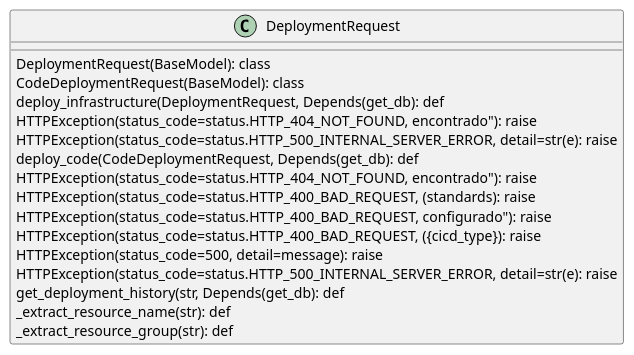
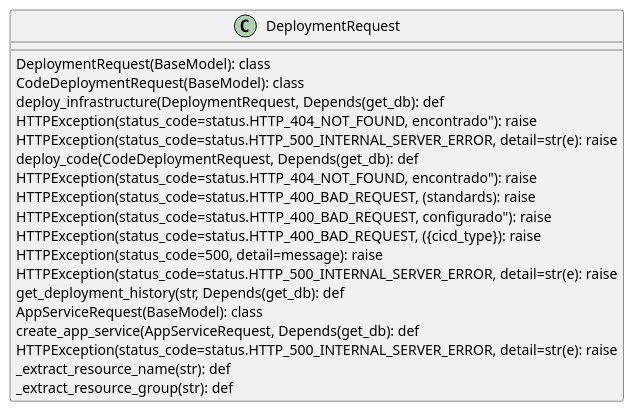
The diagram in backend/app/api/deployments.puml (ManuelFGalindo/TWAI-DEMO-IAOPS), drawn with PlantUML before and after one commit. The commit also changed 11 other files, not shown here.

```diff
--- a/backend/app/api/deployments.puml
+++ b/backend/app/api/deployments.puml
@@ -1,19 +1,22 @@
 @startuml
 class DeploymentRequest {
   DeploymentRequest(BaseModel): class
   CodeDeploymentRequest(BaseModel): class
   deploy_infrastructure(DeploymentRequest, Depends(get_db): def
   HTTPException(status_code=status.HTTP_404_NOT_FOUND, encontrado"): raise
   HTTPException(status_code=status.HTTP_500_INTERNAL_SERVER_ERROR, detail=str(e): raise
   deploy_code(CodeDeploymentRequest, Depends(get_db): def
   HTTPException(status_code=status.HTTP_404_NOT_FOUND, encontrado"): raise
   HTTPException(status_code=status.HTTP_400_BAD_REQUEST, (standards): raise
   HTTPException(status_code=status.HTTP_400_BAD_REQUEST, configurado"): raise
   HTTPException(status_code=status.HTTP_400_BAD_REQUEST, ({cicd_type}): raise
   HTTPException(status_code=500, detail=message): raise
   HTTPException(status_code=status.HTTP_500_INTERNAL_SERVER_ERROR, detail=str(e): raise
   get_deployment_history(str, Depends(get_db): def
+  AppServiceRequest(BaseModel): class
+  create_app_service(AppServiceRequest, Depends(get_db): def
+  HTTPException(status_code=status.HTTP_500_INTERNAL_SERVER_ERROR, detail=str(e): raise
   _extract_resource_name(str): def
   _extract_resource_group(str): def
 }
 @enduml
```
